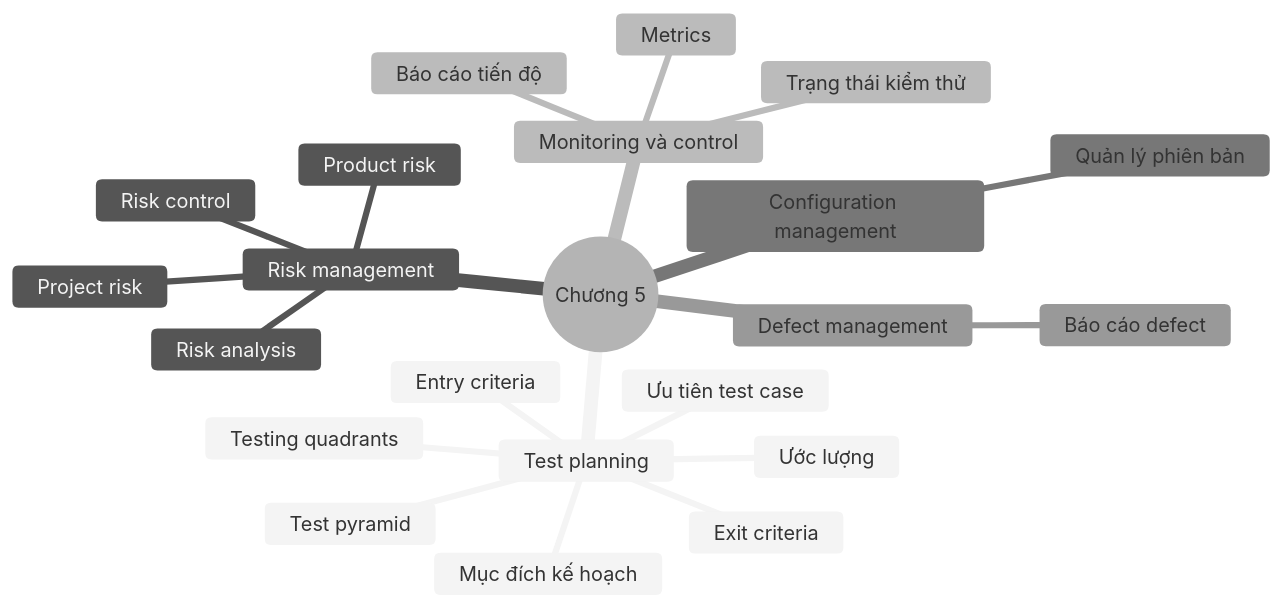
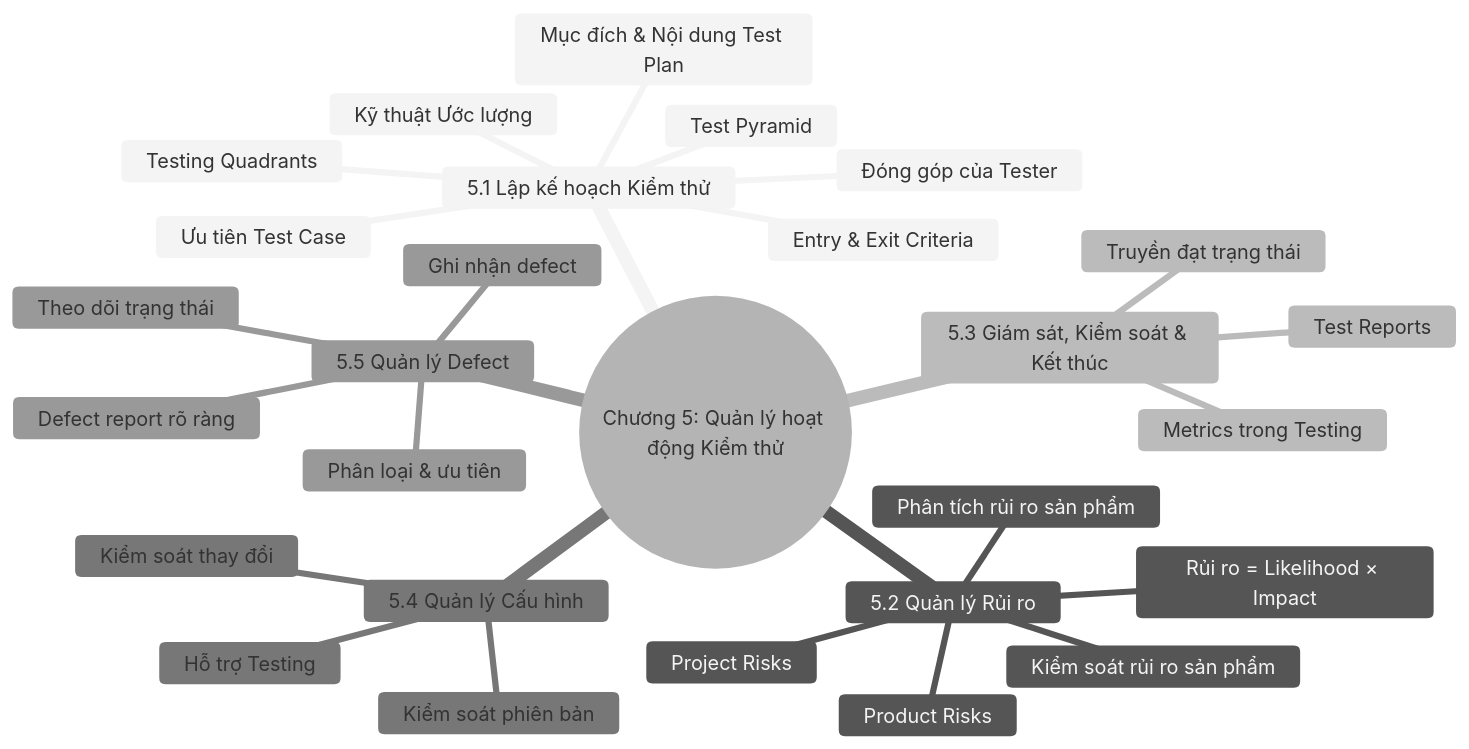
Before and after one commit to BaoNV1/ISTQB-app: the diagram in doc/chapter5/mind_map_chapter5_vi.md, drawn with Mermaid (neutral theme). The commit also changed 4 other files, not shown here.

````diff
--- a/doc/chapter5/mind_map_chapter5_vi.md
+++ b/doc/chapter5/mind_map_chapter5_vi.md
@@ -5,25 +5,31 @@
 ```mermaid
 mindmap
-  root((Chương 5))
-    Test planning
-      Mục đích kế hoạch
-      Entry criteria
-      Exit criteria
-      Ước lượng
-      Ưu tiên test case
-      Test pyramid
-      Testing quadrants
-    Risk management
-      Project risk
-      Product risk
-      Risk analysis
-      Risk control
-    Monitoring và control
-      Metrics
-      Báo cáo tiến độ
-      Trạng thái kiểm thử
-    Configuration management
-      Quản lý phiên bản
-    Defect management
-      Báo cáo defect
+  root((Chương 5: Quản lý hoạt động Kiểm thử))
+    5.1 Lập kế hoạch Kiểm thử
+      Mục đích & Nội dung Test Plan
+      Đóng góp của Tester
+      Entry & Exit Criteria
+      Kỹ thuật Ước lượng
+      Ưu tiên Test Case
+      Test Pyramid
+      Testing Quadrants
+    5.2 Quản lý Rủi ro
+      Rủi ro = Likelihood × Impact
+      Project Risks
+      Product Risks
+      Phân tích rủi ro sản phẩm
+      Kiểm soát rủi ro sản phẩm
+    5.3 Giám sát, Kiểm soát & Kết thúc
+      Metrics trong Testing
+      Test Reports
+      Truyền đạt trạng thái
+    5.4 Quản lý Cấu hình
+      Kiểm soát phiên bản
+      Kiểm soát thay đổi
+      Hỗ trợ Testing
+    5.5 Quản lý Defect
+      Ghi nhận defect
+      Phân loại & ưu tiên
+      Theo dõi trạng thái
+      Defect report rõ ràng
 ```
````
